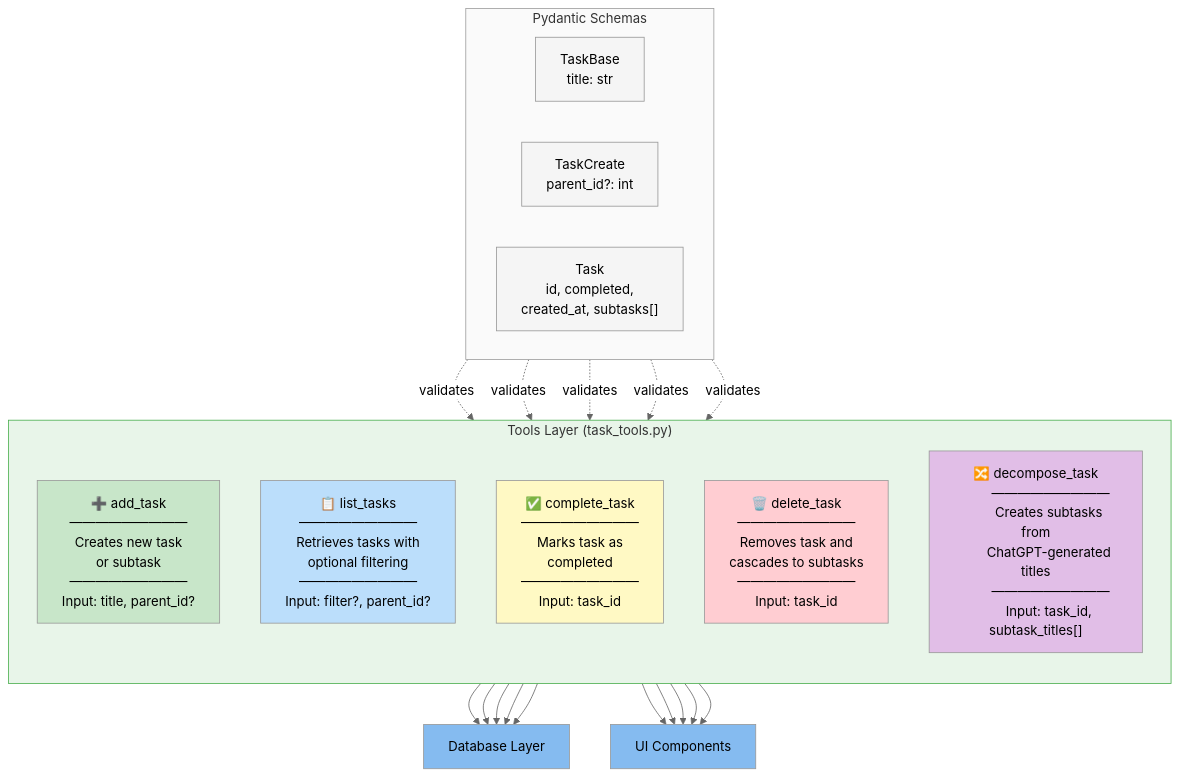
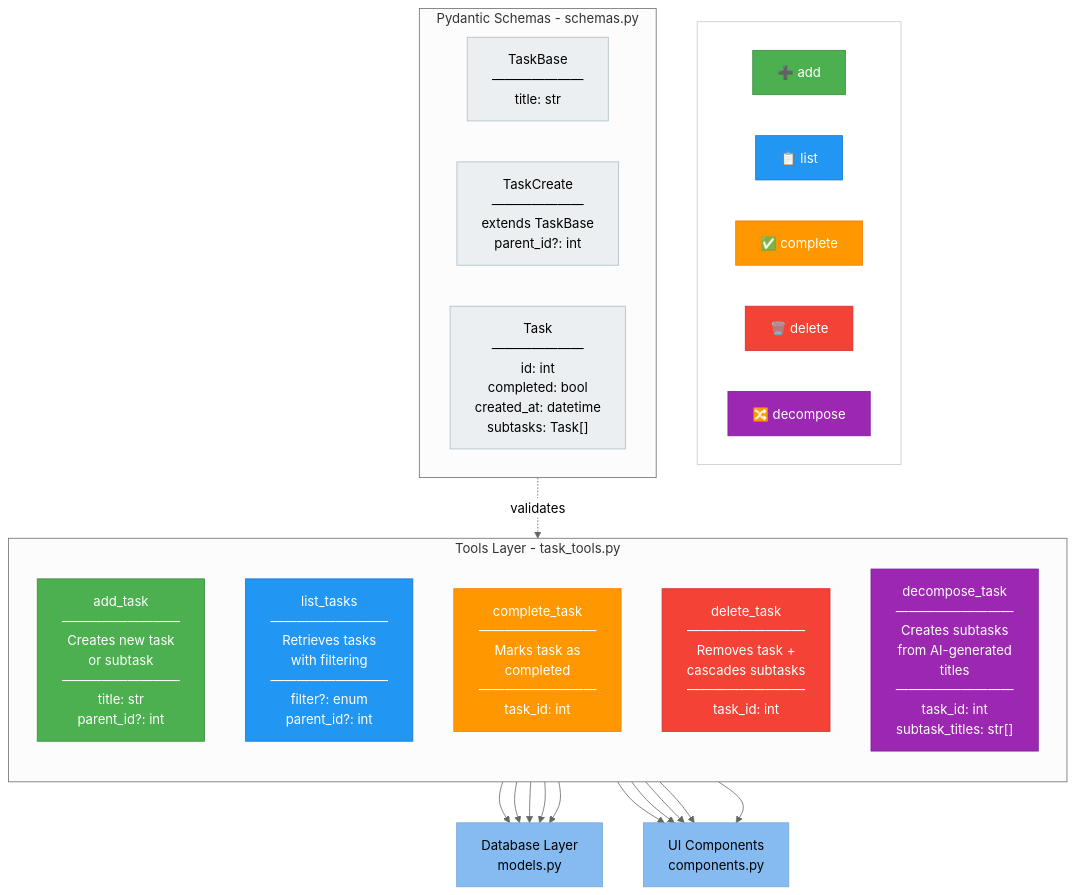
One commit to buildfaster-dev/chatgpt-todo-app changed the fourth of 6 diagrams in docs/C4-diagrams.md. Above: the diagram before and after it, drawn with Mermaid (neutral theme). The commit also changed other lines of this file, not shown here.

Commit message:
docs(c4): regenerate diagrams with proper styling

````diff
--- a/docs/C4-diagrams.md
+++ b/docs/C4-diagrams.md
@@ -230,56 +254,86 @@
 ```mermaid
 flowchart TB
-    subgraph ToolsLayer["Tools Layer (task_tools.py)"]
+    classDef addTool fill:#4CAF50,stroke:#388E3C,color:#FFFFFF
+    classDef listTool fill:#2196F3,stroke:#1976D2,color:#FFFFFF
+    classDef completeTool fill:#FF9800,stroke:#F57C00,color:#FFFFFF
+    classDef deleteTool fill:#f44336,stroke:#D32F2F,color:#FFFFFF
+    classDef decomposeTool fill:#9C27B0,stroke:#7B1FA2,color:#FFFFFF
+    classDef schema fill:#ECEFF1,stroke:#B0BEC5,color:#000000
+    classDef layer fill:#85BBF0,stroke:#78A8D8,color:#000000
+    classDef legendBox fill:#FFFFFF,stroke:#CCCCCC,color:#000000
+
+    subgraph Legend[" "]
+        direction LR
+        LA["➕ add"]
+        LL["📋 list"]
+        LC["✅ complete"]
+        LD["🗑️ delete"]
+        LX["🔀 decompose"]
+    end
+
+    subgraph ToolsLayer["Tools Layer - task_tools.py"]
         direction TB
         
-        AddTask["➕ add_task
+        AddTask["add_task
         ―――――――――
         Creates new task
         or subtask
         ―――――――――
-        Input: title, parent_id?"]
+        title: str
+        parent_id?: int"]
         
-        ListTasks["📋 list_tasks
+        ListTasks["list_tasks
         ―――――――――
-        Retrieves tasks with
-        optional filtering
+        Retrieves tasks
+        with filtering
         ―――――――――
-        Input: filter?, parent_id?"]
+        filter?: enum
+        parent_id?: int"]
         
-        CompleteTask["✅ complete_task
+        CompleteTask["complete_task
         ―――――――――
         Marks task as
         completed
         ―――――――――
-        Input: task_id"]
+        task_id: int"]
         
-        DeleteTask["🗑️ delete_task
+        DeleteTask["delete_task
         ―――――――――
-        Removes task and
-        cascades to subtasks
+        Removes task +
+        cascades subtasks
         ―――――――――
-        Input: task_id"]
+        task_id: int"]
         
-        DecomposeTask["🔀 decompose_task
+        DecomposeTask["decompose_task
         ―――――――――
-        Creates subtasks from
-        ChatGPT-generated titles
+        Creates subtasks
+        from AI-generated
+        titles
         ―――――――――
-        Input: task_id, subtask_titles[]"]
+        task_id: int
+        subtask_titles: str[]"]
     end
 
-    subgraph Schemas["Pydantic Schemas"]
+    subgraph Schemas["Pydantic Schemas - schemas.py"]
         TaskBase["TaskBase
+        ―――――――
         title: str"]
         TaskCreate["TaskCreate
+        ―――――――
+        extends TaskBase
         parent_id?: int"]
         Task["Task
-        id, completed,
-        created_at, subtasks[]"]
+        ―――――――
+        id: int
+        completed: bool
+        created_at: datetime
+        subtasks: Task[]"]
     end
 
-    DBLayer["Database Layer"]
-    UIComp["UI Components"]
+    DBLayer["Database Layer
+    models.py"]
+    UIComp["UI Components
+    components.py"]
 
     AddTask --> DBLayer
     ListTasks --> DBLayer
@@ -293,22 +347,22 @@
     DeleteTask --> UIComp
     DecomposeTask --> UIComp
 
-    Schemas -.->|"validates"| AddTask
-    Schemas -.->|"validates"| ListTasks
-    Schemas -.->|"validates"| CompleteTask
-    Schemas -.->|"validates"| DeleteTask
-    Schemas -.->|"validates"| DecomposeTask
+    Schemas -.->|"validates"| ToolsLayer
 
-    style AddTask fill:#c8e6c9,color:#000
-    style ListTasks fill:#bbdefb,color:#000
-    style CompleteTask fill:#fff9c4,color:#000
-    style DeleteTask fill:#ffcdd2,color:#000
-    style DecomposeTask fill:#e1bee7,color:#000
-    style TaskBase fill:#f5f5f5,color:#000
-    style TaskCreate fill:#f5f5f5,color:#000
-    style Task fill:#f5f5f5,color:#000
-    style DBLayer fill:#85BBF0,color:#000
-    style UIComp fill:#85BBF0,color:#000
-    style ToolsLayer fill:#e8f5e9,stroke:#4caf50
-    style Schemas fill:#fafafa,stroke:#9e9e9e
+    class AddTask addTool
+    class ListTasks listTool
+    class CompleteTask completeTool
+    class DeleteTask deleteTool
+    class DecomposeTask decomposeTool
+    class TaskBase schema
+    class TaskCreate schema
+    class Task schema
+    class DBLayer layer
+    class UIComp layer
+    class LA addTool
+    class LL listTool
+    class LC completeTool
+    class LD deleteTool
+    class LX decomposeTool
+    class Legend legendBox
 ```
````
